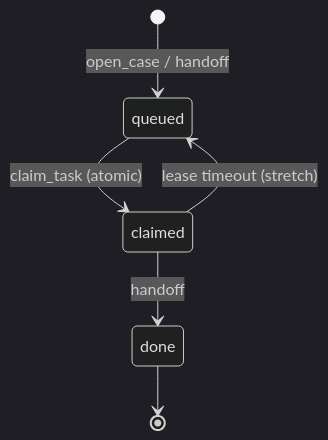
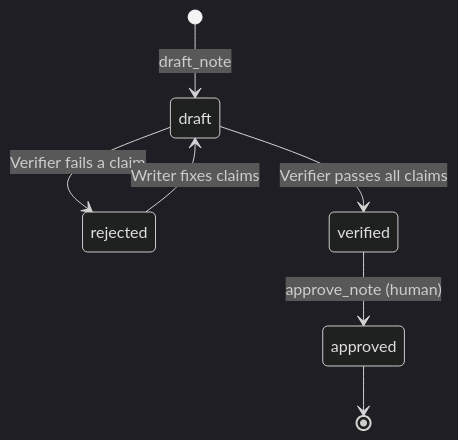
The fifth of 5 diagrams in docs/mcp-spec.md (Aaryan-Degama/TieTrace), drawn with Mermaid (dark theme) before and after one commit. The commit also changed other lines of this file and 2 other files, not shown here.

````diff
--- a/docs/mcp-spec.md
+++ b/docs/mcp-spec.md
@@ -249,8 +259,9 @@
 ```mermaid
 stateDiagram-v2
-  [*] --> queued: open_case / handoff
-  queued --> claimed: claim_task (atomic)
-  claimed --> done: handoff
-  claimed --> queued: lease timeout (stretch)
-  done --> [*]
+  [*] --> draft: draft_note
+  draft --> rejected: Verifier fails a claim
+  draft --> verified: Verifier passes all claims
+  rejected --> draft: Writer fixes claims
+  verified --> approved: approve_note (human)
+  approved --> [*]
 ```
````
